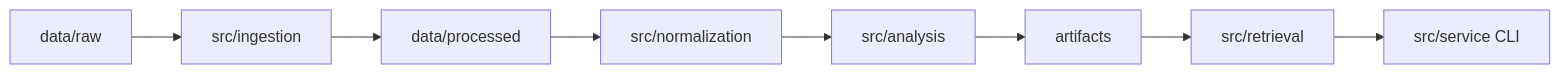
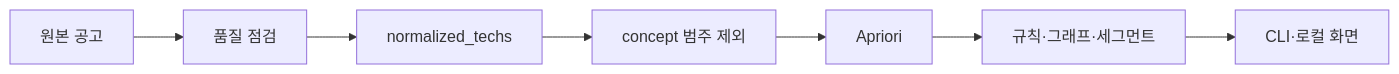
Before and after one commit to k0ng-min/2026_bigdata_JobGuts: the second of 2 diagrams in README.md, drawn with Mermaid. The commit also changed other lines of this file and 41 other files, not shown here.

````diff
--- a/README.md
+++ b/README.md
@@ -107,10 +33,9 @@
 ```mermaid
 flowchart LR
-    A[data/raw] --> B[src/ingestion]
-    B --> C[data/processed]
-    C --> D[src/normalization]
-    D --> E[src/analysis]
-    E --> F[artifacts]
-    F --> G[src/retrieval]
-    G --> H[src/service CLI]
+    R[원본 공고] --> Q[품질 점검]
+    Q --> N[normalized_techs]
+    N --> X[concept 범주 제외]
+    X --> A[Apriori]
+    A --> G[규칙·그래프·세그먼트]
+    G --> S[CLI·로컬 화면]
 ```
````
